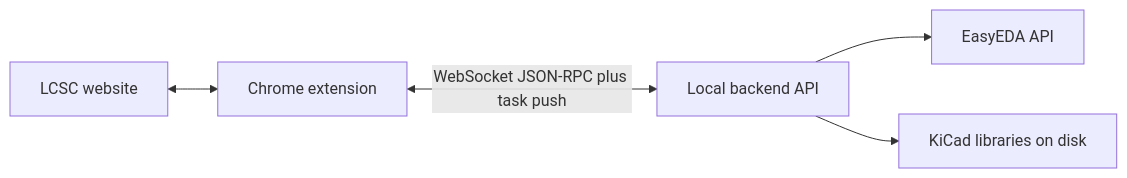
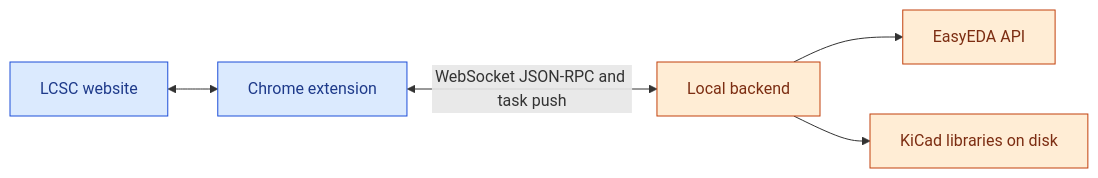
Before and after one commit to CarlKuhligk/LCSC2KicadChromeExtension: the diagram in README.md, drawn with Mermaid. The commit also changed other lines of this file and 5 other files, not shown here.

````diff
--- a/README.md
+++ b/README.md
@@ -12,7 +14,13 @@
 ```mermaid
 flowchart LR
   lcsc[LCSC website] <--> ext[Chrome extension]
-  ext <-->|WebSocket JSON-RPC plus task push| api[Local backend API]
+  ext <-->|WebSocket JSON-RPC and task push| api[Local backend]
   api --> easyeda[EasyEDA API]
   api --> disk[KiCad libraries on disk]
+
+  classDef clientSide fill:#dbeafe,stroke:#1d4ed8,color:#1e3a8a
+  classDef serverSide fill:#ffedd5,stroke:#c2410c,color:#7c2d12
+
+  class lcsc,ext clientSide
+  class api,easyeda,disk serverSide
 ```
````
